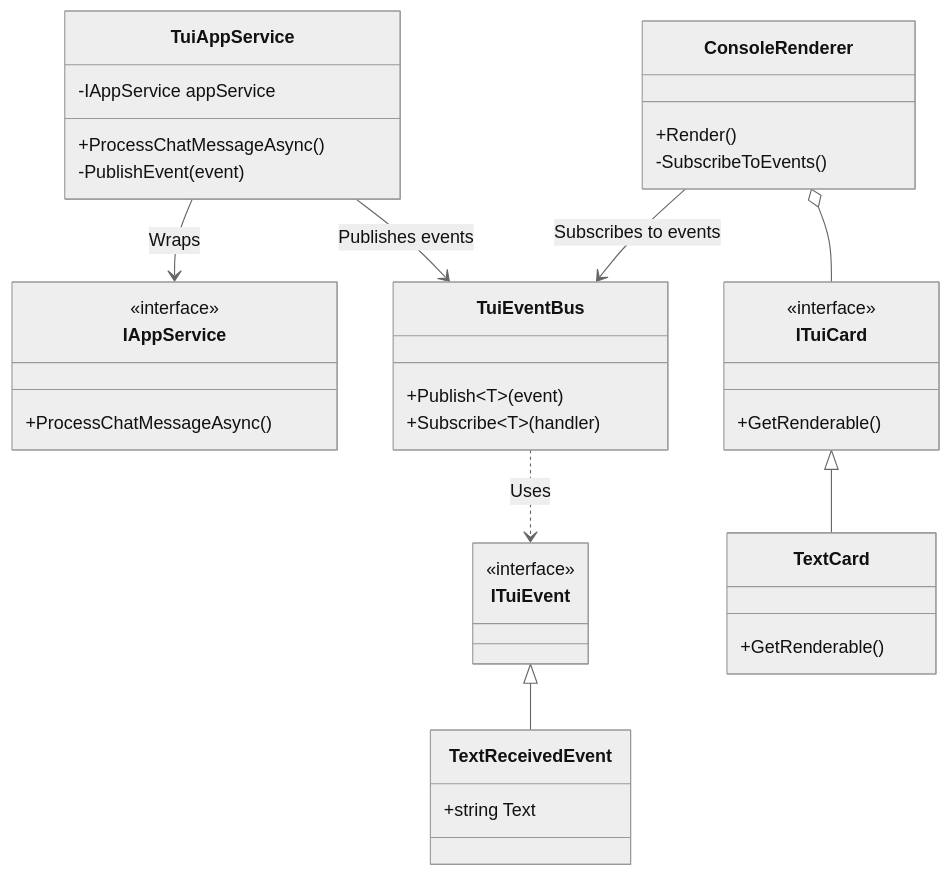
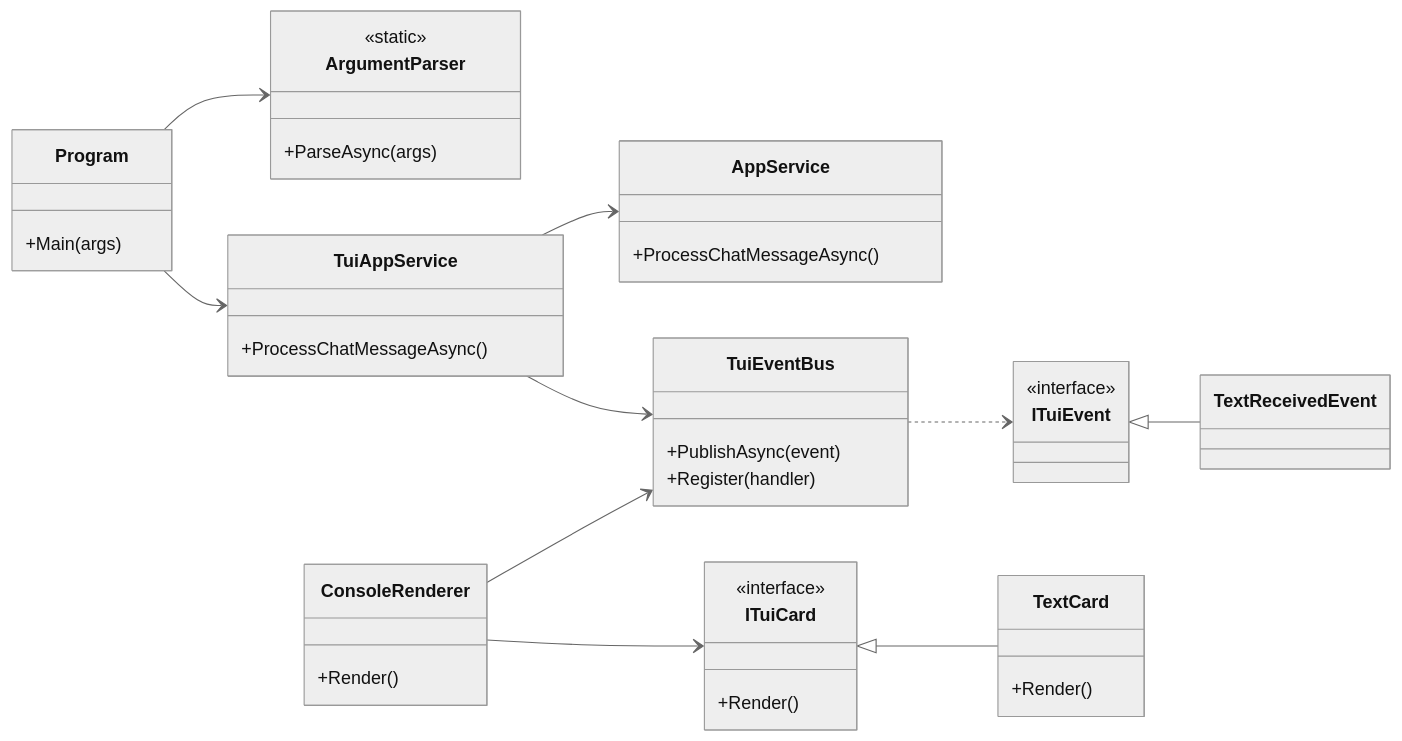
Before and after one commit to peakflames/mogzi: the second of 2 diagrams in docs/features/tui/architecture_and_design.md, drawn with Mermaid (neutral theme). The commit also changed other lines of this file and 36 other files, not shown here.

````diff
--- a/docs/features/tui/architecture_and_design.md
+++ b/docs/features/tui/architecture_and_design.md
@@ -96,41 +107,46 @@
 ```mermaid
 classDiagram
-    class IAppService {
-        <<interface>>
+    direction LR
+    class Program {
+        +Main(args)
+    }
+    class ArgumentParser {
+        <<static>>
+        +ParseAsync(args)
+    }
+    class AppService {
         +ProcessChatMessageAsync()
     }
     class TuiAppService {
-        -IAppService appService
         +ProcessChatMessageAsync()
-        -PublishEvent(event)
     }
     class TuiEventBus {
-        +Publish~T~(event)
-        +Subscribe~T~(handler)
+        +PublishAsync(event)
+        +Register(handler)
+    }
+    class ConsoleRenderer {
+        +Render()
+    }
+    class ITuiCard {
+        <<interface>>
+        +Render()
+    }
+    class TextCard {
+        +Render()
     }
     class ITuiEvent {
         <<interface>>
     }
-    class ConsoleRenderer {
-        +Render()
-        -SubscribeToEvents()
-    }
-    class ITuiCard {
-        <<interface>>
-        +GetRenderable()
-    }
-    class TextCard {
-        +GetRenderable()
-    }
     class TextReceivedEvent {
-        +string Text
     }
 
-    TuiAppService --> IAppService : Wraps
-    TuiAppService --> TuiEventBus : Publishes events
-    ConsoleRenderer --> TuiEventBus : Subscribes to events
-    ConsoleRenderer o-- ITuiCard
+    Program --> ArgumentParser
+    Program --> TuiAppService
+    TuiAppService --> AppService
+    TuiAppService --> TuiEventBus
+    ConsoleRenderer --> TuiEventBus
+    ConsoleRenderer --> ITuiCard
     ITuiCard <|-- TextCard
     ITuiEvent <|-- TextReceivedEvent
-    TuiEventBus ..> ITuiEvent : Uses
+    TuiEventBus ..> ITuiEvent
 ```
````
